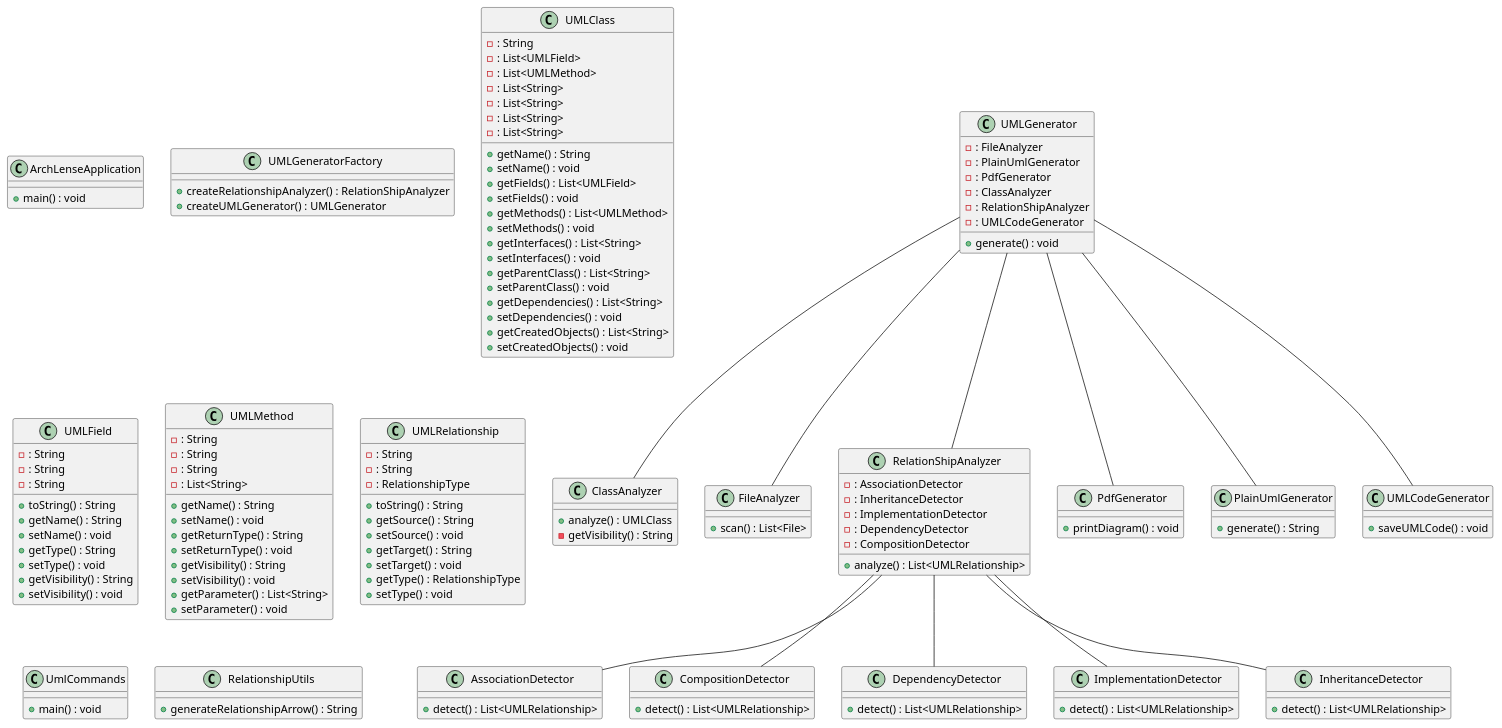
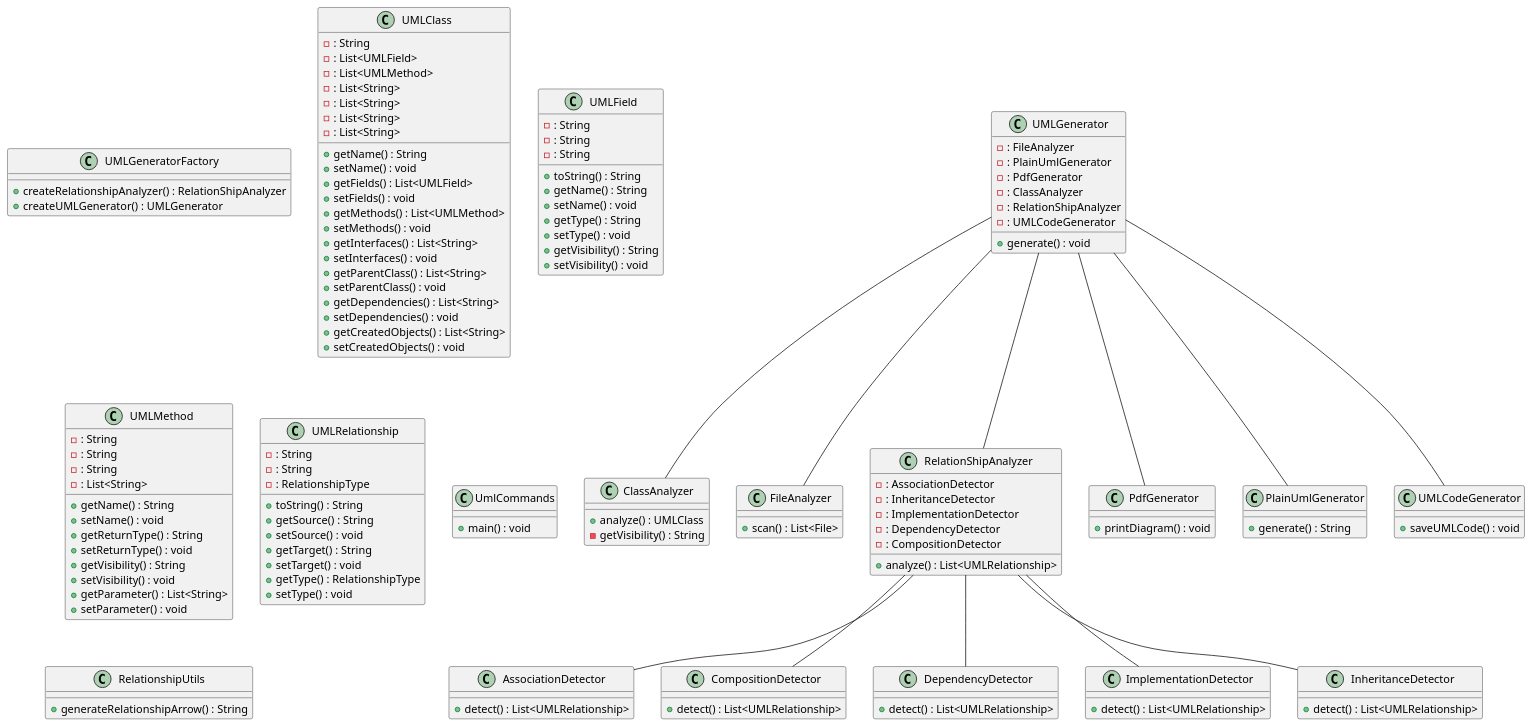
One commit to sithija-sulochana/ArchLense changed the diagram in diagram.puml. Above: the diagram before and after it, drawn with PlantUML. The commit also changed 17 other files, not shown here.

```diff
--- a/diagram.puml
+++ b/diagram.puml
@@ -1,135 +1,132 @@
 @startuml
 class ClassAnalyzer {
   + analyze() : UMLClass
   - getVisibility() : String
 }
 class FileAnalyzer {
   + scan() : List<File>
 }
 class RelationShipAnalyzer {
   - : AssociationDetector
   - : InheritanceDetector
   - : ImplementationDetector
   - : DependencyDetector
   - : CompositionDetector
   + analyze() : List<UMLRelationship>
-}
-class ArchLenseApplication {
-  + main() : void
 }
 class AssociationDetector {
   + detect() : List<UMLRelationship>
 }
 class CompositionDetector {
   + detect() : List<UMLRelationship>
 }
 class DependencyDetector {
   + detect() : List<UMLRelationship>
 }
 class ImplementationDetector {
   + detect() : List<UMLRelationship>
 }
 class InheritanceDetector {
   + detect() : List<UMLRelationship>
 }
 class UMLGeneratorFactory {
   + createRelationshipAnalyzer() : RelationShipAnalyzer
   + createUMLGenerator() : UMLGenerator
 }
 class PdfGenerator {
   + printDiagram() : void
 }
 class PlainUmlGenerator {
   + generate() : String
 }
 class UMLCodeGenerator {
   + saveUMLCode() : void
 }
 class UMLClass {
   - : String
   - : List<UMLField>
   - : List<UMLMethod>
   - : List<String>
   - : List<String>
   - : List<String>
   - : List<String>
   + getName() : String
   + setName() : void
   + getFields() : List<UMLField>
   + setFields() : void
   + getMethods() : List<UMLMethod>
   + setMethods() : void
   + getInterfaces() : List<String>
   + setInterfaces() : void
   + getParentClass() : List<String>
   + setParentClass() : void
   + getDependencies() : List<String>
   + setDependencies() : void
   + getCreatedObjects() : List<String>
   + setCreatedObjects() : void
 }
 class UMLField {
   - : String
   - : String
   - : String
   + toString() : String
   + getName() : String
   + setName() : void
   + getType() : String
   + setType() : void
   + getVisibility() : String
   + setVisibility() : void
 }
 class UMLMethod {
   - : String
   - : String
   - : String
   - : List<String>
   + getName() : String
   + setName() : void
   + getReturnType() : String
   + setReturnType() : void
   + getVisibility() : String
   + setVisibility() : void
   + getParameter() : List<String>
   + setParameter() : void
 }
 class UMLRelationship {
   - : String
   - : String
   - : RelationshipType
   + toString() : String
   + getSource() : String
   + setSource() : void
   + getTarget() : String
   + setTarget() : void
   + getType() : RelationshipType
   + setType() : void
 }
 class UMLGenerator {
   - : FileAnalyzer
   - : PlainUmlGenerator
   - : PdfGenerator
   - : ClassAnalyzer
   - : RelationShipAnalyzer
   - : UMLCodeGenerator
   + generate() : void
 }
 class UmlCommands {
   + main() : void
 }
 class RelationshipUtils {
   + generateRelationshipArrow() : String
 }
+RelationShipAnalyzer -- AssociationDetector
+RelationShipAnalyzer -- InheritanceDetector
 UMLGenerator -- FileAnalyzer
+RelationShipAnalyzer -- CompositionDetector
+UMLGenerator -- PlainUmlGenerator
+UMLGenerator -- UMLCodeGenerator
+UMLGenerator -- PdfGenerator
+UMLGenerator -- RelationShipAnalyzer
 RelationShipAnalyzer -- DependencyDetector
-RelationShipAnalyzer -- InheritanceDetector
-UMLGenerator -- PdfGenerator
-RelationShipAnalyzer -- AssociationDetector
-UMLGenerator -- PlainUmlGenerator
-UMLGenerator -- RelationShipAnalyzer
 RelationShipAnalyzer -- ImplementationDetector
 UMLGenerator -- ClassAnalyzer
-UMLGenerator -- UMLCodeGenerator
-RelationShipAnalyzer -- CompositionDetector
 @enduml
```
